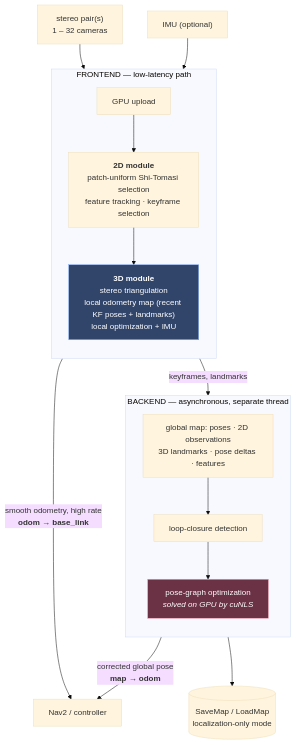
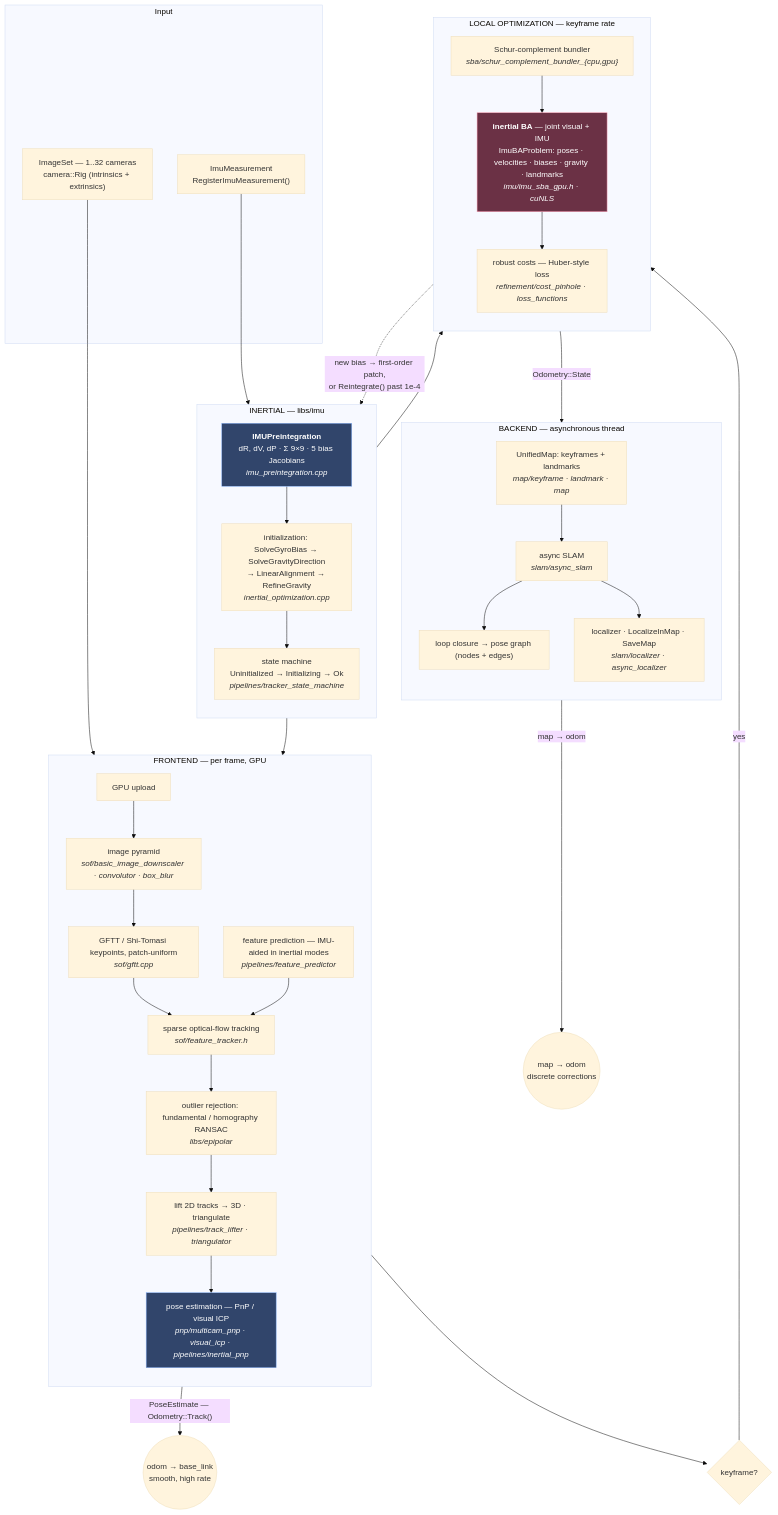
Before and after one commit to TaoWangRUB/estimation-slam-principles: the second of 2 diagrams in docs/chapter-4.md, drawn with Mermaid (base theme). The commit also changed other lines of this file, not shown here.

First paragraph of the commit message:
Ch.4: redraw the cuVSLAM pipeline from the source tree
The previous diagram came from the paper's frontend/backend summary.
This one is built from libs/, so every box names the module that
implements it and the per-frame stages match the code.

````diff
--- a/docs/chapter-4.md
+++ b/docs/chapter-4.md
@@ -156,30 +156,63 @@
 ```mermaid
 flowchart TB
-  CAMS["stereo pair(s)<br/>1 – 32 cameras"] --> GPU
-  IMUIN["IMU (optional)"] --> F3D
-
-  subgraph FE["FRONTEND — low-latency path"]
-    direction TB
-    GPU["GPU upload"]
-    F2D["<b>2D module</b><br/>patch-uniform Shi-Tomasi selection<br/>feature tracking · keyframe selection"]
-    F3D["<b>3D module</b><br/>stereo triangulation<br/>local odometry map (recent KF poses + landmarks)<br/>local optimization + IMU"]
-    GPU --> F2D --> F3D
+  subgraph IN["Input"]
+    IMGS["ImageSet — 1..32 cameras<br/>camera::Rig (intrinsics + extrinsics)"]
+    IMUM["ImuMeasurement<br/>RegisterImuMeasurement()"]
   end
 
-  F3D -->|"smooth odometry, high rate<br/><b>odom → base_link</b>"| NAV["Nav2 / controller"]
-  F3D -->|"keyframes, landmarks"| BE
-
-  subgraph BEG["BACKEND — asynchronous, separate thread"]
+  subgraph FE["FRONTEND — per frame, GPU"]
     direction TB
-    BE["global map: poses · 2D observations<br/>3D landmarks · pose deltas · features"]
-    LOOP["loop-closure detection"]
-    PGO["pose-graph optimization<br/><i>solved on GPU by cuNLS</i>"]
-    BE --> LOOP --> PGO
+    UP["GPU upload"]
+    PYR["image pyramid<br/><i>sof/basic_image_downscaler · convolutor · box_blur</i>"]
+    GFTT["GFTT / Shi-Tomasi keypoints, patch-uniform<br/><i>sof/gftt.cpp</i>"]
+    PRED["feature prediction — IMU-aided in inertial modes<br/><i>pipelines/feature_predictor</i>"]
+    TRACK["sparse optical-flow tracking<br/><i>sof/feature_tracker.h</i>"]
+    RANSAC["outlier rejection: fundamental / homography RANSAC<br/><i>libs/epipolar</i>"]
+    LIFT["lift 2D tracks → 3D · triangulate<br/><i>pipelines/track_lifter · triangulator</i>"]
+    PNP["pose estimation — PnP / visual ICP<br/><i>pnp/multicam_pnp · visual_icp · pipelines/inertial_pnp</i>"]
+    UP --> PYR --> GFTT --> TRACK
+    PRED --> TRACK
+    TRACK --> RANSAC --> LIFT --> PNP
   end
 
-  PGO -->|"corrected global pose<br/><b>map → odom</b>"| NAV
-  BEG --> SAVE[("SaveMap / LoadMap<br/>localization-only mode")]
+  subgraph IMUB["INERTIAL — libs/imu"]
+    direction TB
+    PRE["<b>IMUPreintegration</b><br/>dR, dV, dP · Σ 9×9 · 5 bias Jacobians<br/><i>imu_preintegration.cpp</i>"]
+    INIT["initialization: SolveGyroBias → SolveGravityDirection<br/>→ LinearAlignment → RefineGravity<br/><i>inertial_optimization.cpp</i>"]
+    SM["state machine<br/>Uninitialized → Initializing → Ok<br/><i>pipelines/tracker_state_machine</i>"]
+    PRE --> INIT --> SM
+  end
 
-  style F3D fill:#31456b,stroke:#8ab4f8,color:#fff
-  style PGO fill:#6b3145,stroke:#f8a1b4,color:#fff
+  subgraph LOCO["LOCAL OPTIMIZATION — keyframe rate"]
+    direction TB
+    SBA["Schur-complement bundler<br/><i>sba/schur_complement_bundler_{cpu,gpu}</i>"]
+    ISBA["<b>inertial BA</b> — joint visual + IMU<br/>ImuBAProblem: poses · velocities · biases · gravity · landmarks<br/><i>imu/imu_sba_gpu.h · cuNLS</i>"]
+    REF["robust costs — Huber-style loss<br/><i>refinement/cost_pinhole · loss_functions</i>"]
+    SBA --> ISBA --> REF
+  end
+
+  subgraph BE["BACKEND — asynchronous thread"]
+    direction TB
+    KFM["UnifiedMap: keyframes + landmarks<br/><i>map/keyframe · landmark · map</i>"]
+    ASLAM["async SLAM<br/><i>slam/async_slam</i>"]
+    LOOPC["loop closure → pose graph (nodes + edges)"]
+    LOCZ["localizer · LocalizeInMap · SaveMap<br/><i>slam/localizer · async_localizer</i>"]
+    KFM --> ASLAM --> LOOPC
+    ASLAM --> LOCZ
+  end
+
+  IMGS --> UP
+  IMUM --> PRE
+  SM --> PNP
+  PRE --> ISBA
+  PNP -->|"PoseEstimate — Odometry::Track()"| ODO(("odom → base_link<br/>smooth, high rate"))
+  PNP --> KFD{"keyframe?"}
+  KFD -->|yes| SBA
+  REF -->|"Odometry::State"| KFM
+  ISBA -.->|"new bias → first-order patch,<br/>or Reintegrate() past 1e-4"| PRE
+  LOOPC -->|"map → odom"| MAPO(("map → odom<br/>discrete corrections"))
+
+  style PRE fill:#31456b,stroke:#8ab4f8,color:#fff
+  style ISBA fill:#6b3145,stroke:#f8a1b4,color:#fff
+  style PNP fill:#31456b,stroke:#8ab4f8,color:#fff
 ```
````
